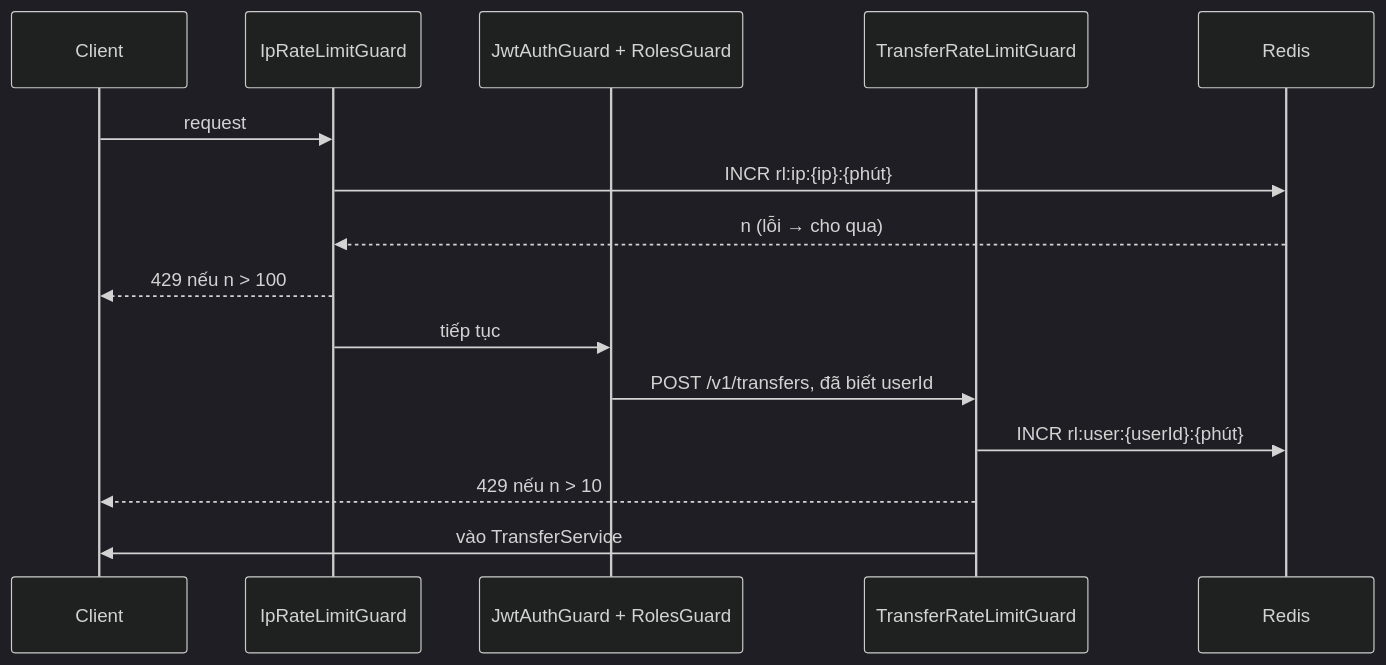
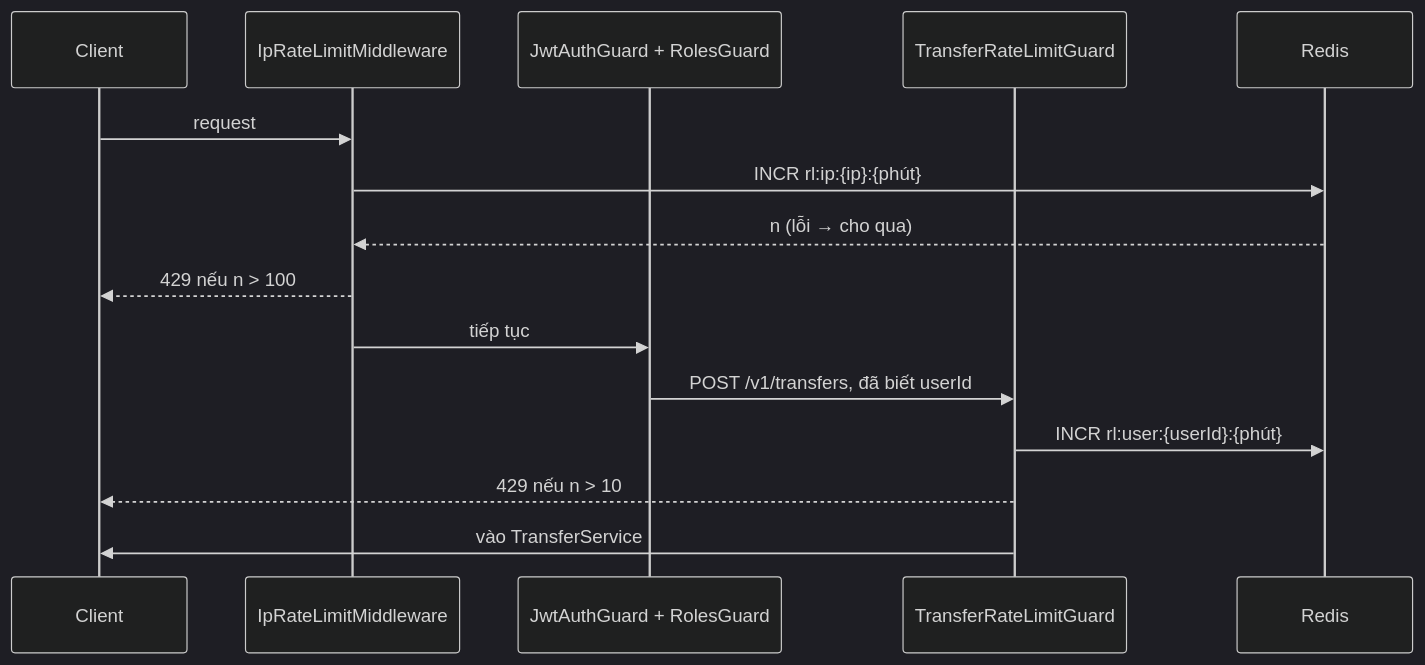
One commit to Lawliet119/digital-banking-simulator changed the diagram in docs/features/DBS-89-rate-limit.md. Above: the diagram before and after it, drawn with Mermaid (dark theme). The commit also changed other lines of this file, not shown here.

Commit message:
docs(rate-limit): DBS-89 design section matches the final middleware design

````diff
--- a/docs/features/DBS-89-rate-limit.md
+++ b/docs/features/DBS-89-rate-limit.md
@@ -65,17 +65,17 @@
 ```mermaid
 sequenceDiagram
     participant C as Client
-    participant IP as IpRateLimitGuard
+    participant IP as IpRateLimitMiddleware
     participant J as JwtAuthGuard + RolesGuard
     participant T as TransferRateLimitGuard
     participant R as Redis
     C->>IP: request
     IP->>R: INCR rl:ip:{ip}:{phút}
     R-->>IP: n (lỗi → cho qua)
     IP-->>C: 429 nếu n > 100
     IP->>J: tiếp tục
     J->>T: POST /v1/transfers, đã biết userId
     T->>R: INCR rl:user:{userId}:{phút}
     T-->>C: 429 nếu n > 10
     T->>C: vào TransferService
 ```
````
